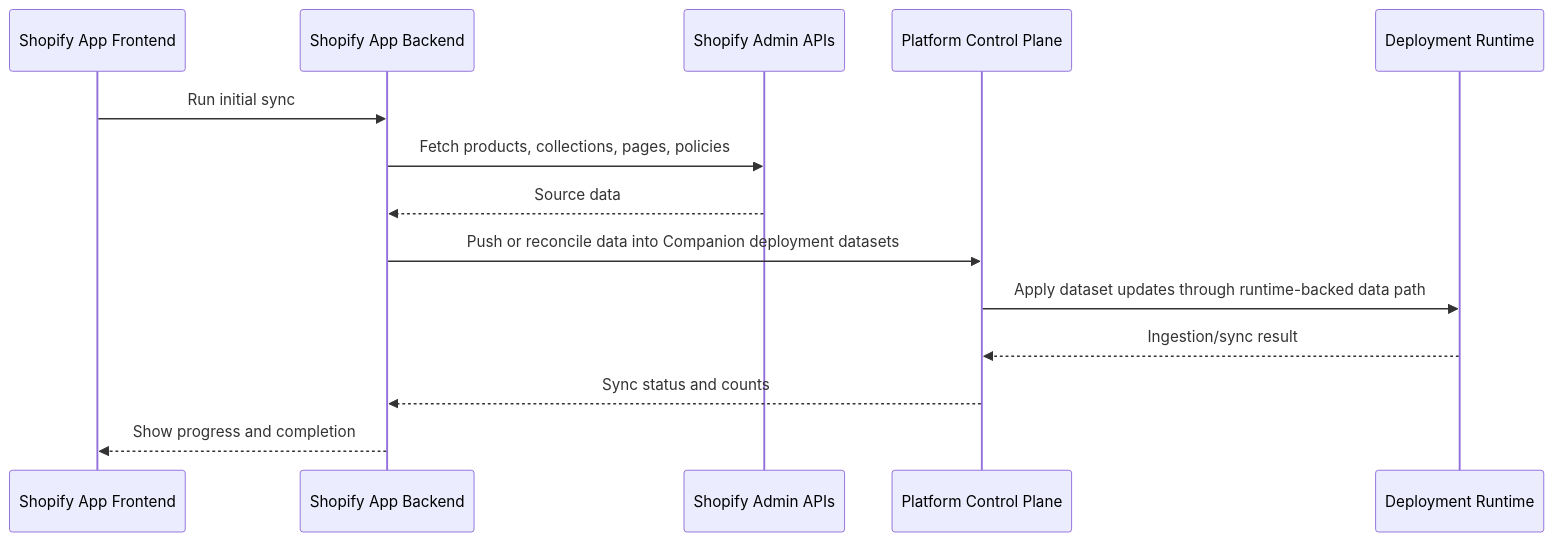
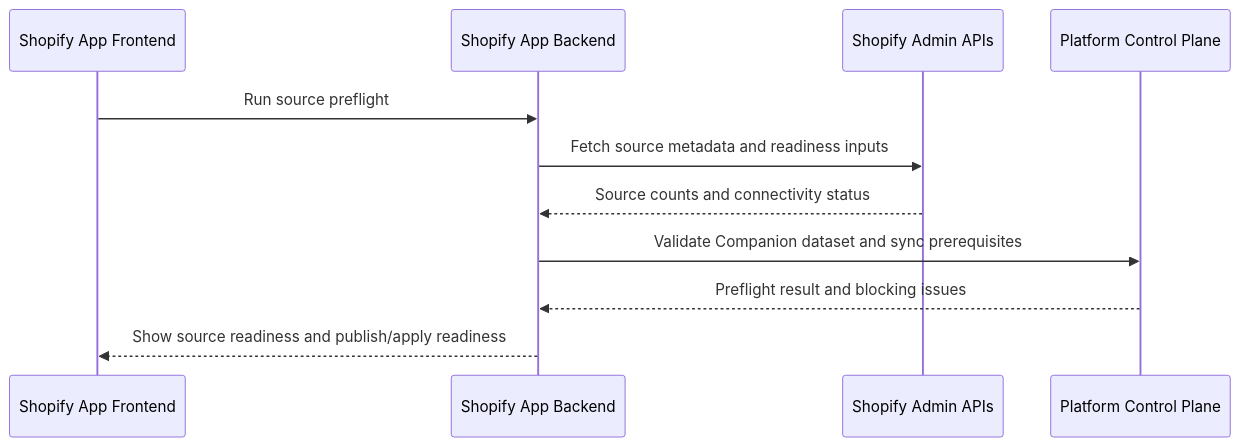
One commit to mahmoudashraf/AI-Fabric-Framework changed the third of 9 diagrams in doc/Productization/future-work/MarketPlace/Products/SHOPIFY_COMPANION_SUBSCRIPTION_AND_GO_LIVE_FLOW.md. Above: the diagram before and after it, drawn with Mermaid. The commit also changed other lines of this file and 2 other files, not shown here.

Commit message:
Refine Shopify Companion product plans

````diff
--- a/doc/Productization/future-work/MarketPlace/Products/SHOPIFY_COMPANION_SUBSCRIPTION_AND_GO_LIVE_FLOW.md
+++ b/doc/Productization/future-work/MarketPlace/Products/SHOPIFY_COMPANION_SUBSCRIPTION_AND_GO_LIVE_FLOW.md
@@ -197,17 +200,14 @@
 ```mermaid
 sequenceDiagram
     participant AF as Shopify App Frontend
     participant AB as Shopify App Backend
     participant SA as Shopify Admin APIs
     participant CP as Platform Control Plane
-    participant RT as Deployment Runtime
 
-    AF->>AB: Run initial sync
-    AB->>SA: Fetch products, collections, pages, policies
-    SA-->>AB: Source data
-    AB->>CP: Push or reconcile data into Companion deployment datasets
-    CP->>RT: Apply dataset updates through runtime-backed data path
-    RT-->>CP: Ingestion/sync result
-    CP-->>AB: Sync status and counts
-    AB-->>AF: Show progress and completion
+    AF->>AB: Run source preflight
+    AB->>SA: Fetch source metadata and readiness inputs
+    SA-->>AB: Source counts and connectivity status
+    AB->>CP: Validate Companion dataset and sync prerequisites
+    CP-->>AB: Preflight result and blocking issues
+    AB-->>AF: Show source readiness and publish/apply readiness
 ```
````
